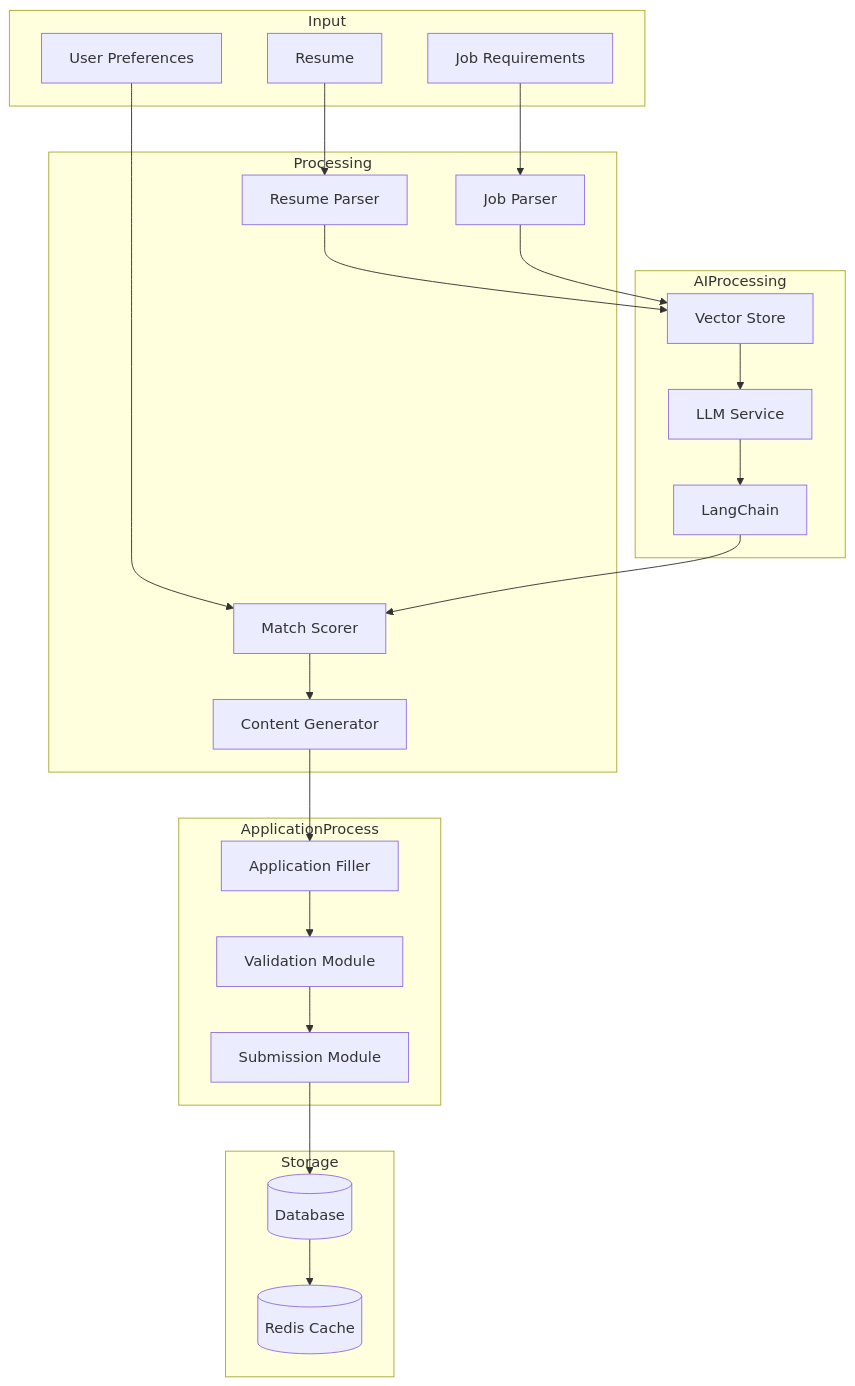
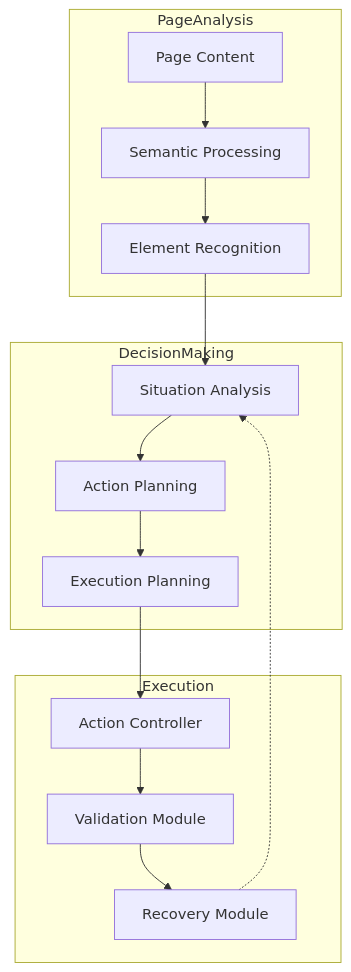
The third of 3 diagrams in README.md (gouthamreddykallem/job_applier_backend), drawn with Mermaid before and after one commit. The commit also changed other lines of this file and 14 other files, not shown here.

````diff
--- a/README.md
+++ b/README.md
@@ -175,52 +111,30 @@
 ```mermaid
 flowchart TD
-    subgraph Input
-        R[Resume]
-        J[Job Requirements]
-        U[User Preferences]
+    subgraph PageAnalysis
+        PC[Page Content]
+        SP[Semantic Processing]
+        ER[Element Recognition]
     end
 
-    subgraph Processing
-        RP[Resume Parser]
-        JP[Job Parser]
-        MS[Match Scorer]
-        CG[Content Generator]
+    subgraph DecisionMaking
+        SA[Situation Analysis]
+        AP[Action Planning]
+        EP[Execution Planning]
     end
 
-    subgraph AIProcessing
-        VS[Vector Store]
-        LLM[LLM Service]
-        LC[LangChain]
+    subgraph Execution
+        AC[Action Controller]
+        VM[Validation Module]
+        RM[Recovery Module]
     end
 
-    subgraph ApplicationProcess
-        AF[Application Filler]
-        VM[Validation Module]
-        SM[Submission Module]
-    end
-
-    subgraph Storage
-        DB[(Database)]
-        Cache[(Redis Cache)]
-    end
-
-    R --> RP
-    J --> JP
-    U --> MS
-
-    RP --> VS
-    JP --> VS
-    VS --> LLM
-    LLM --> LC
-
-    LC --> MS
-    MS --> CG
-    CG --> AF
-
-    AF --> VM
-    VM --> SM
-    SM --> DB
-    DB --> Cache
-
-    class AIProcessing,Processing,ApplicationProcess highlight
+    PC --> SP
+    SP --> ER
+    ER --> SA
+    SA --> AP
+    AP --> EP
+    EP --> AC
+    AC --> VM
+    VM --> RM
+    RM -.-> SA
 ```
````
